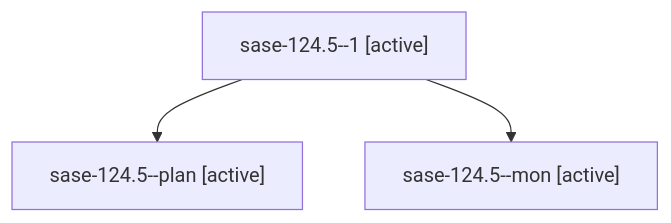
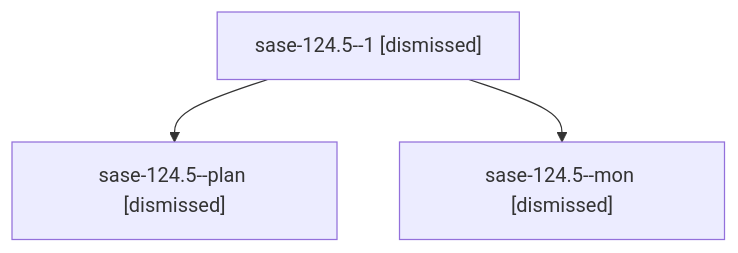
The diagram in sessions/bbugyi200.athena.sase-124.5.md (sase-org/sase--agents), drawn with Mermaid before and after one commit. The commit also changed other lines of this file and 306 other files, not shown here.

````diff
--- a/sessions/bbugyi200.athena.sase-124.5.md
+++ b/sessions/bbugyi200.athena.sase-124.5.md
@@ -9,8 +9,8 @@
 ```mermaid
 flowchart TD
-  n0["sase-124.5--1 [active]"]
-  n1["sase-124.5--plan [active]"]
+  n0["sase-124.5--1 [dismissed]"]
+  n1["sase-124.5--plan [dismissed]"]
   n0 --> n1
-  n2["sase-124.5--mon [active]"]
+  n2["sase-124.5--mon [dismissed]"]
   n0 --> n2
 ```
````
